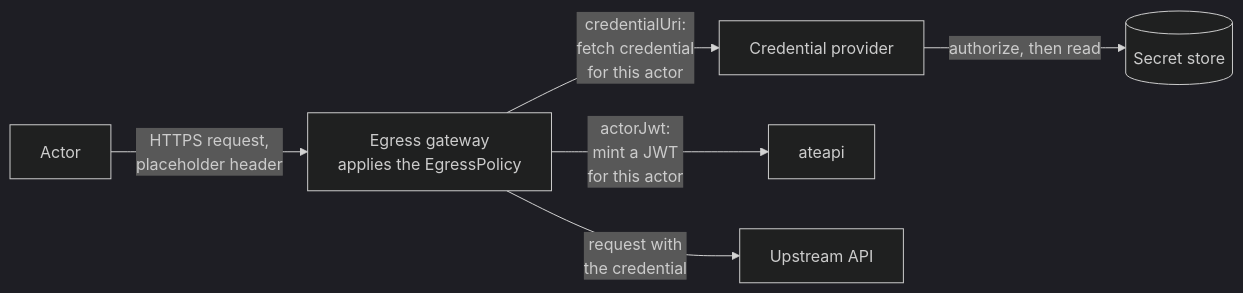
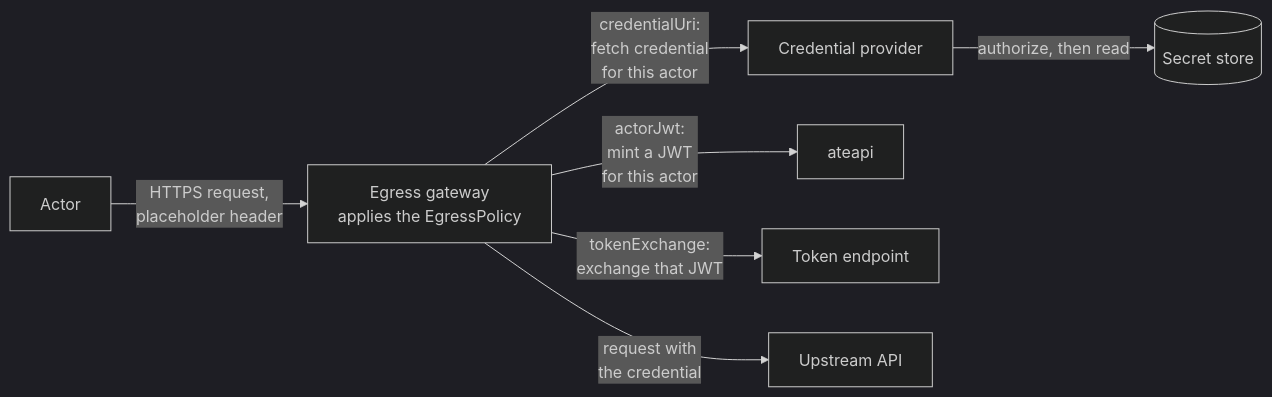
Before and after one commit to agent-substrate/substrate: the diagram in docs/egress-credential-injection.md, drawn with Mermaid (dark theme). The commit also changed other lines of this file and 3 other files, not shown here.

````diff
--- a/docs/egress-credential-injection.md
+++ b/docs/egress-credential-injection.md
@@ -35,15 +38,17 @@
 ```mermaid
 flowchart LR
     actor["Actor"]
     gateway["Egress gateway<br/>applies the EgressPolicy"]
     provider["Credential provider"]
     store[("Secret store")]
     ateapi["ateapi"]
+    sts["Token endpoint"]
     upstream["Upstream API"]
 
     actor -->|"HTTPS request,<br/>placeholder header"| gateway
     gateway -->|"credentialUri:<br/>fetch credential<br/>for this actor"| provider
     provider -->|"authorize, then read"| store
     gateway -->|"actorJwt:<br/>mint a JWT<br/>for this actor"| ateapi
+    gateway -->|"tokenExchange:<br/>exchange that JWT"| sts
     gateway -->|"request with<br/>the credential"| upstream
 ```
````
